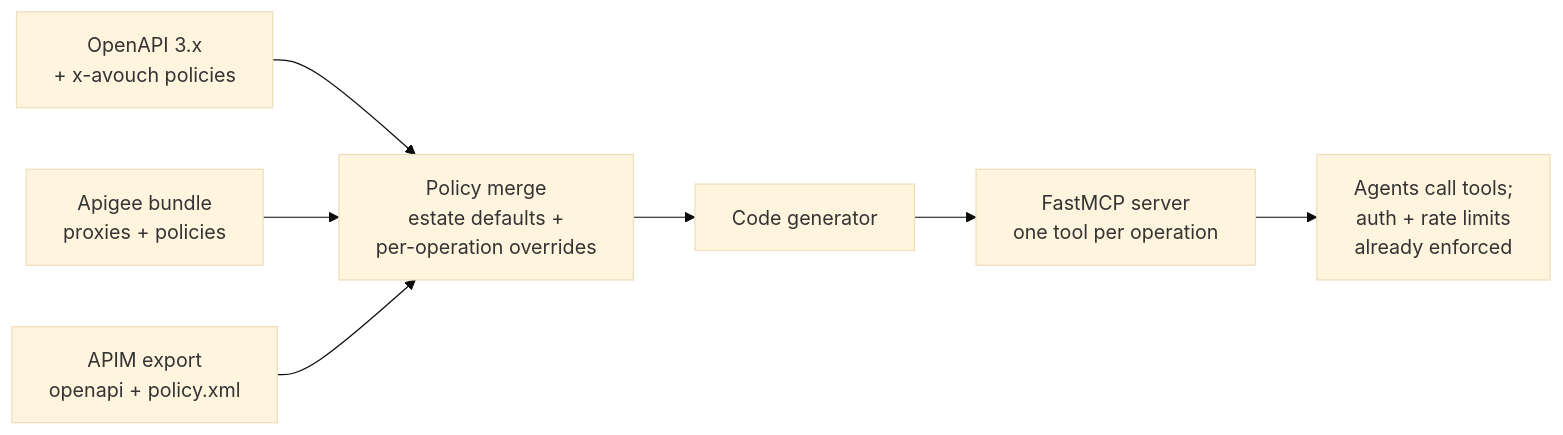
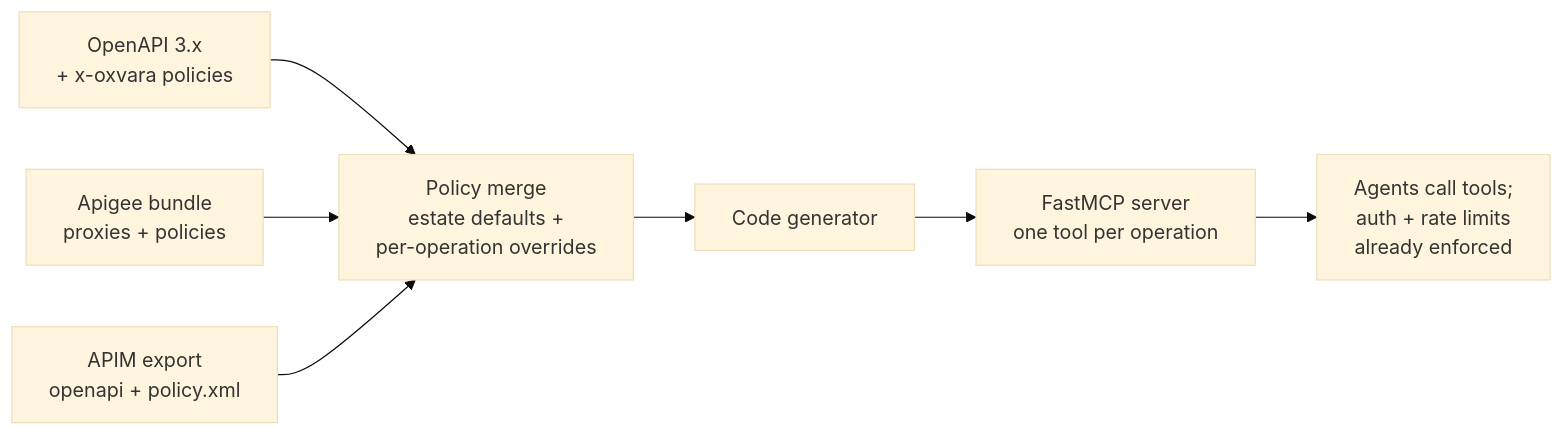
One commit to kagithamanoj/forgegate changed the diagram in README.md. Above: the diagram before and after it, drawn with Mermaid (base theme). The commit also changed other lines of this file and 2 other files, not shown here.

Commit message:
Rename project metadata and docs to Oxvara

````diff
--- a/README.md
+++ b/README.md
@@ -69,9 +69,9 @@
 ```mermaid
 flowchart LR
-    A[OpenAPI 3.x\n+ x-avouch policies] --> D[Policy merge]
+    A[OpenAPI 3.x\n+ x-oxvara policies] --> D[Policy merge]
     B[Apigee bundle\nproxies + policies] --> D
     C[APIM export\nopenapi + policy.xml] --> D
     D[Policy merge\nestate defaults +\nper-operation overrides] --> E[Code generator]
     E --> F[FastMCP server\none tool per operation]
     F --> G[Agents call tools;\nauth + rate limits\nalready enforced]
 ```
````
